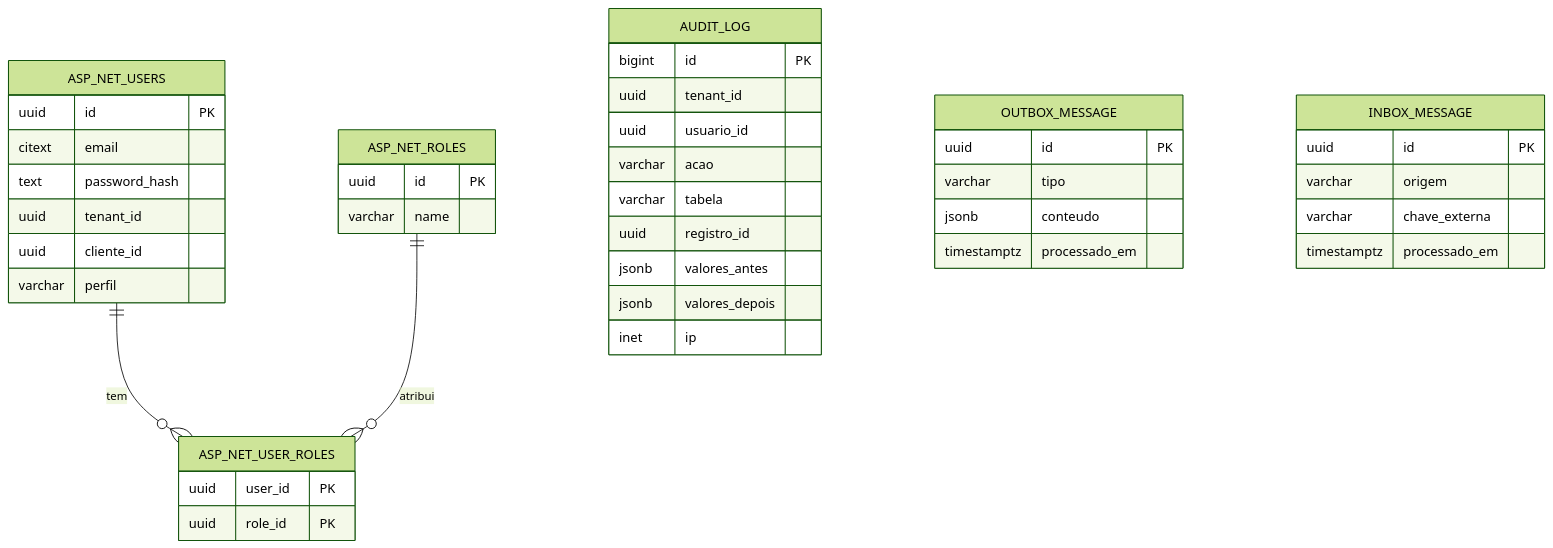
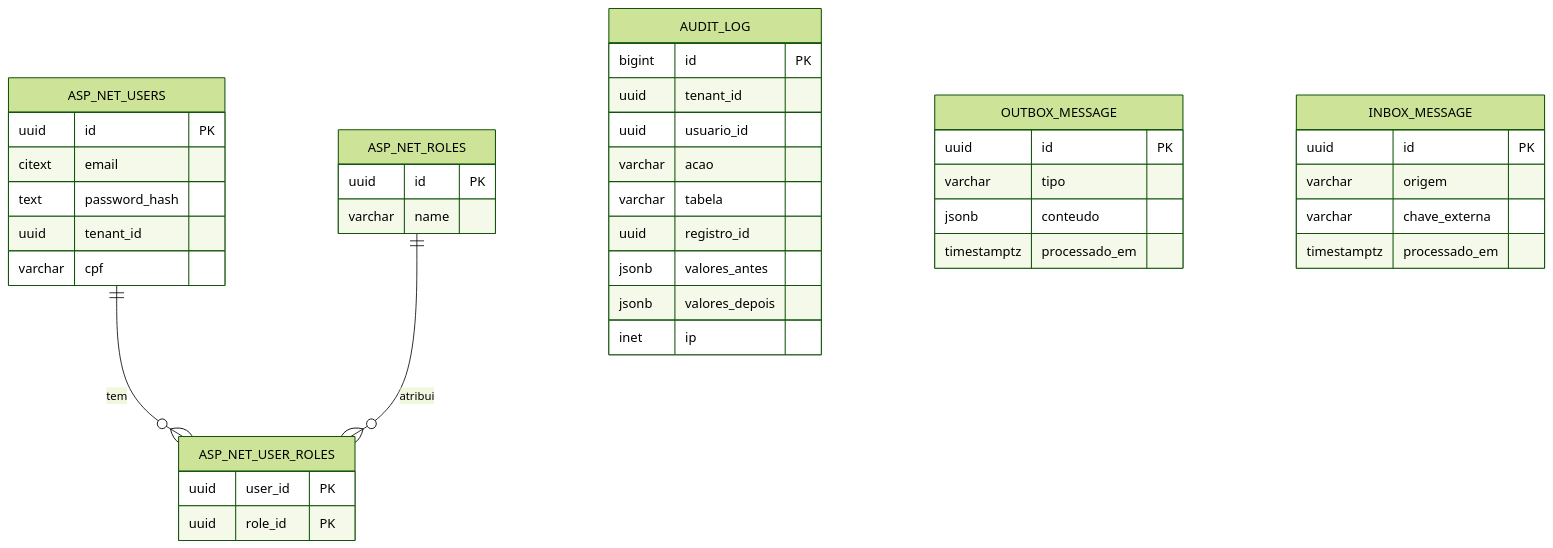
One commit to tthimoteo/app-aluguel changed the second of 2 diagrams in Docs/Arquitetura/04-ERD.md. Above: the diagram before and after it, drawn with Mermaid (forest theme). The commit also changed other lines of this file and 8 other files, not shown here.

First line of the commit message:
docs: CPF único por cliente e atuação em vários clientes

````diff
--- a/Docs/Arquitetura/04-ERD.md
+++ b/Docs/Arquitetura/04-ERD.md
@@ -183,22 +189,22 @@
 ```mermaid
 erDiagram
     ASP_NET_USERS ||--o{ ASP_NET_USER_ROLES : tem
     ASP_NET_ROLES ||--o{ ASP_NET_USER_ROLES : atribui
 
     AUDIT_LOG {
         bigint id PK
         uuid tenant_id
         uuid usuario_id
         varchar acao
         varchar tabela
         uuid registro_id
         jsonb valores_antes
         jsonb valores_depois
         inet ip
     }
     OUTBOX_MESSAGE { uuid id PK  varchar tipo  jsonb conteudo  timestamptz processado_em }
     INBOX_MESSAGE  { uuid id PK  varchar origem  varchar chave_externa  timestamptz processado_em }
-    ASP_NET_USERS  { uuid id PK  citext email  text password_hash  uuid tenant_id  uuid cliente_id  varchar perfil }
+    ASP_NET_USERS  { uuid id PK  citext email  text password_hash  uuid tenant_id  varchar cpf }
     ASP_NET_ROLES  { uuid id PK  varchar name }
     ASP_NET_USER_ROLES { uuid user_id PK  uuid role_id PK }
 ```
````
